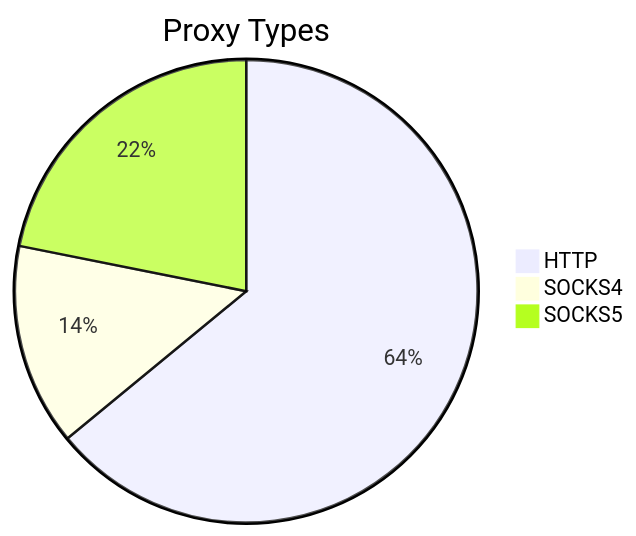
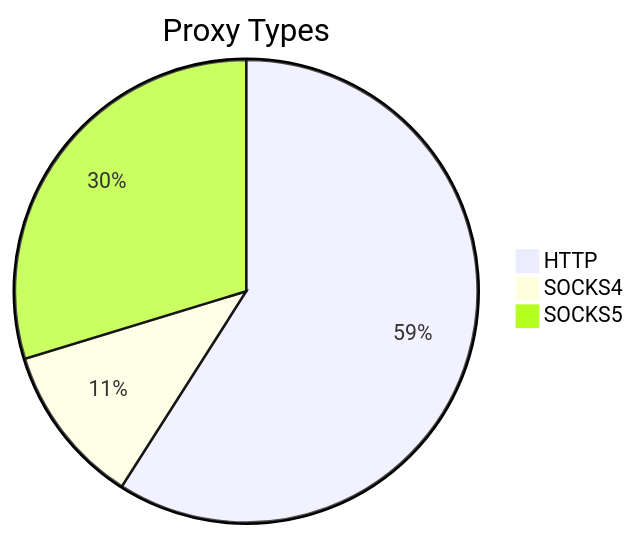
The first of 2 diagrams in README.md (stormsia/proxy-list), drawn with Mermaid before and after one commit. The commit also changed other lines of this file, not shown here.

````diff
--- a/README.md
+++ b/README.md
@@ -21,6 +21,6 @@
 ```mermaid
 pie title Proxy Types
-    "HTTP" : 504
-    "SOCKS4" : 111
-    "SOCKS5" : 172
+    "HTTP" : 451
+    "SOCKS4" : 86
+    "SOCKS5" : 227
 ```
````
